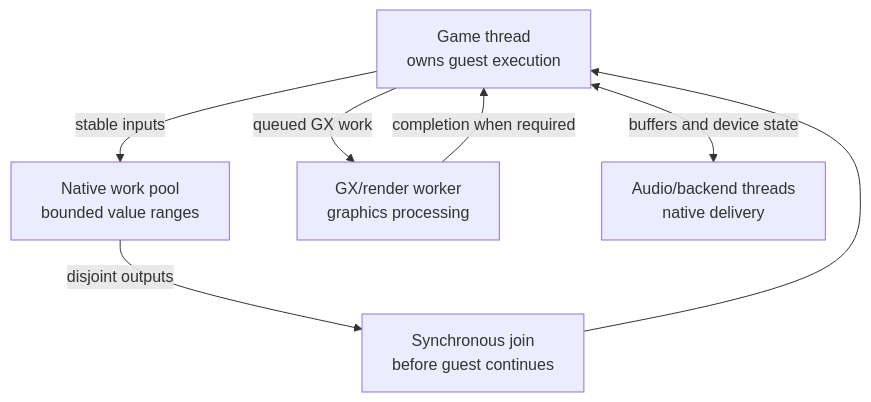
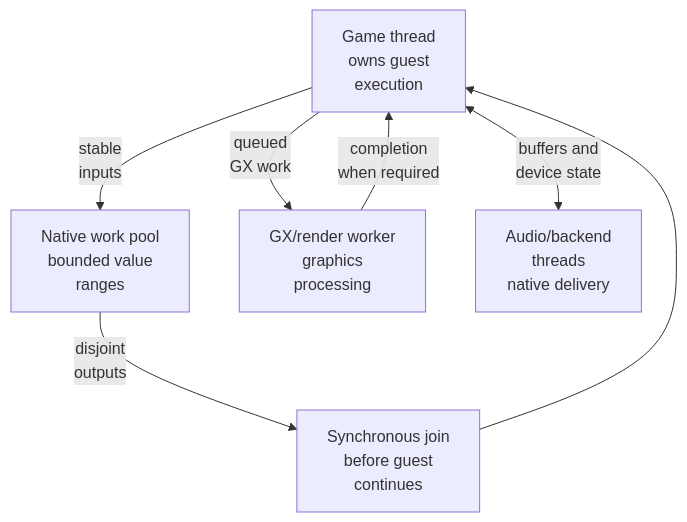
The fourth of 4 diagrams in docs/architecture/GameThread.md (Aelbannan/boat_of_daphnes), drawn with Mermaid before and after one commit. The commit also changed other lines of this file and 1 other file, not shown here.

Commit message:
docs: prevent game-thread diagram truncation

````diff
--- a/docs/architecture/GameThread.md
+++ b/docs/architecture/GameThread.md
@@ -170,15 +170,15 @@
 ```mermaid
 flowchart TD
-    Game["Game thread<br/>owns guest execution"]
-    Pool["Native work pool<br/>bounded value ranges"]
-    GX["GX/render worker<br/>graphics processing"]
-    Audio["Audio/backend threads<br/>native delivery"]
-    Join["Synchronous join<br/>before guest continues"]
+    Game["Game thread<br/>owns guest<br/>execution"]
+    Pool["Native work pool<br/>bounded value<br/>ranges"]
+    GX["GX/render worker<br/>graphics<br/>processing"]
+    Audio["Audio/backend<br/>threads<br/>native delivery"]
+    Join["Synchronous join<br/>before guest<br/>continues"]
 
-    Game -->|"stable inputs"| Pool
-    Pool -->|"disjoint outputs"| Join
+    Game -->|"stable<br/>inputs"| Pool
+    Pool -->|"disjoint<br/>outputs"| Join
     Join --> Game
-    Game -->|"queued GX work"| GX
-    GX -->|"completion when required"| Game
-    Game <-->|"buffers and device state"| Audio
+    Game -->|"queued<br/>GX work"| GX
+    GX -->|"completion<br/>when required"| Game
+    Game <-->|"buffers and<br/>device state"| Audio
 ```
````
